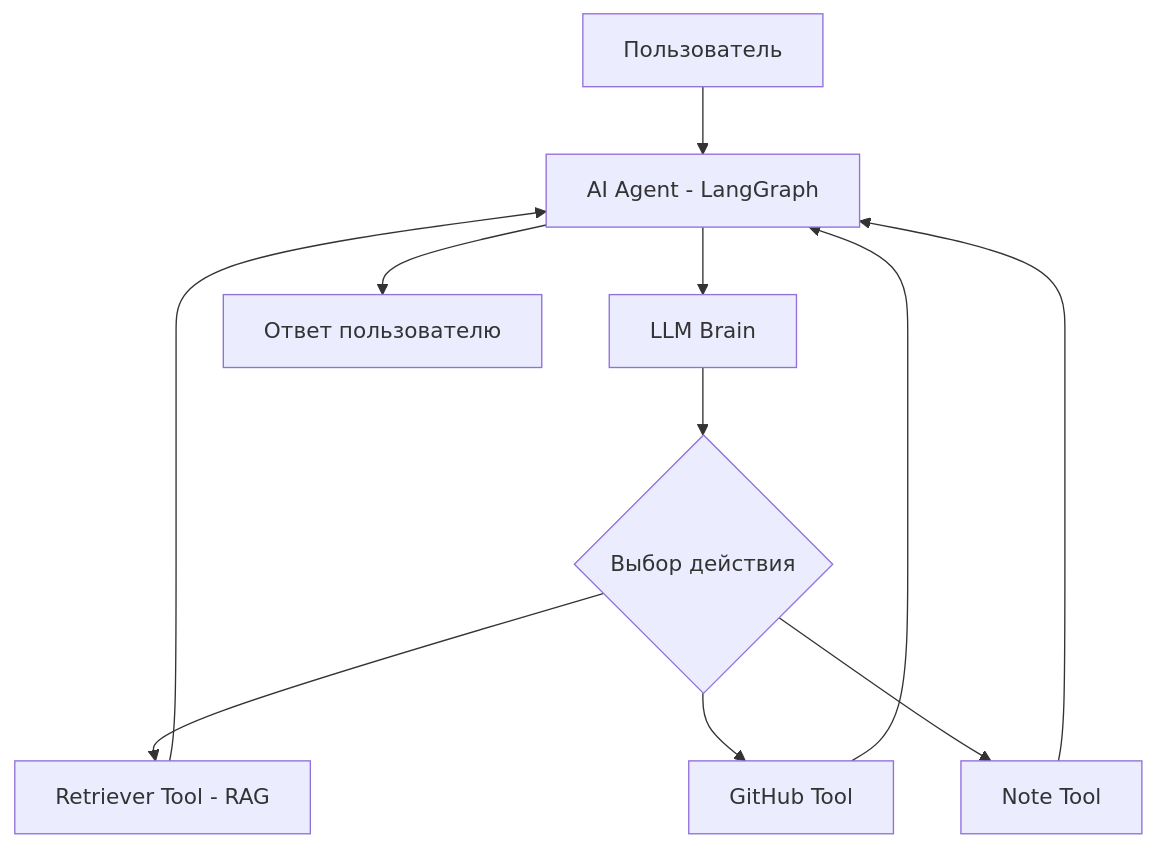
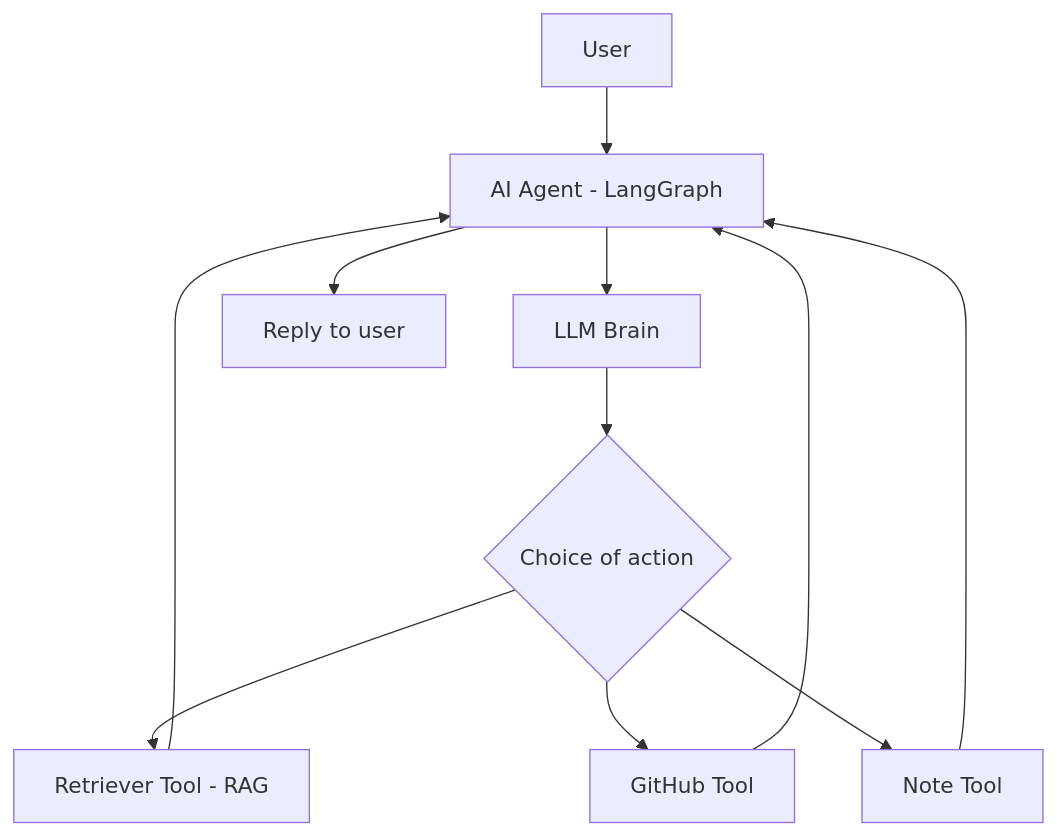
The diagram in README.md (Totsamuychel/AI_Agent_LLM_Tools_RAG), drawn with Mermaid before and after one commit.

Commit message:
Update README with English labels in diagram

````diff
--- a/README.md
+++ b/README.md
@@ -9,13 +9,13 @@
 ```mermaid
 graph TD
-    User[Пользователь] --> Agent[AI Agent - LangGraph]
+    User[User] --> Agent[AI Agent - LangGraph]
     Agent --> LLM[LLM Brain]
-    LLM --> Decision{Выбор действия}
+    LLM --> Decision{Сhoice of action}
     Decision --> Tool1[Retriever Tool - RAG]
     Decision --> Tool2[GitHub Tool]
     Decision --> Tool3[Note Tool]
     Tool1 --> Agent
     Tool2 --> Agent
     Tool3 --> Agent
-    Agent --> Response[Ответ пользователю]
+    Agent --> Response[Reply to user]
 ```
````
